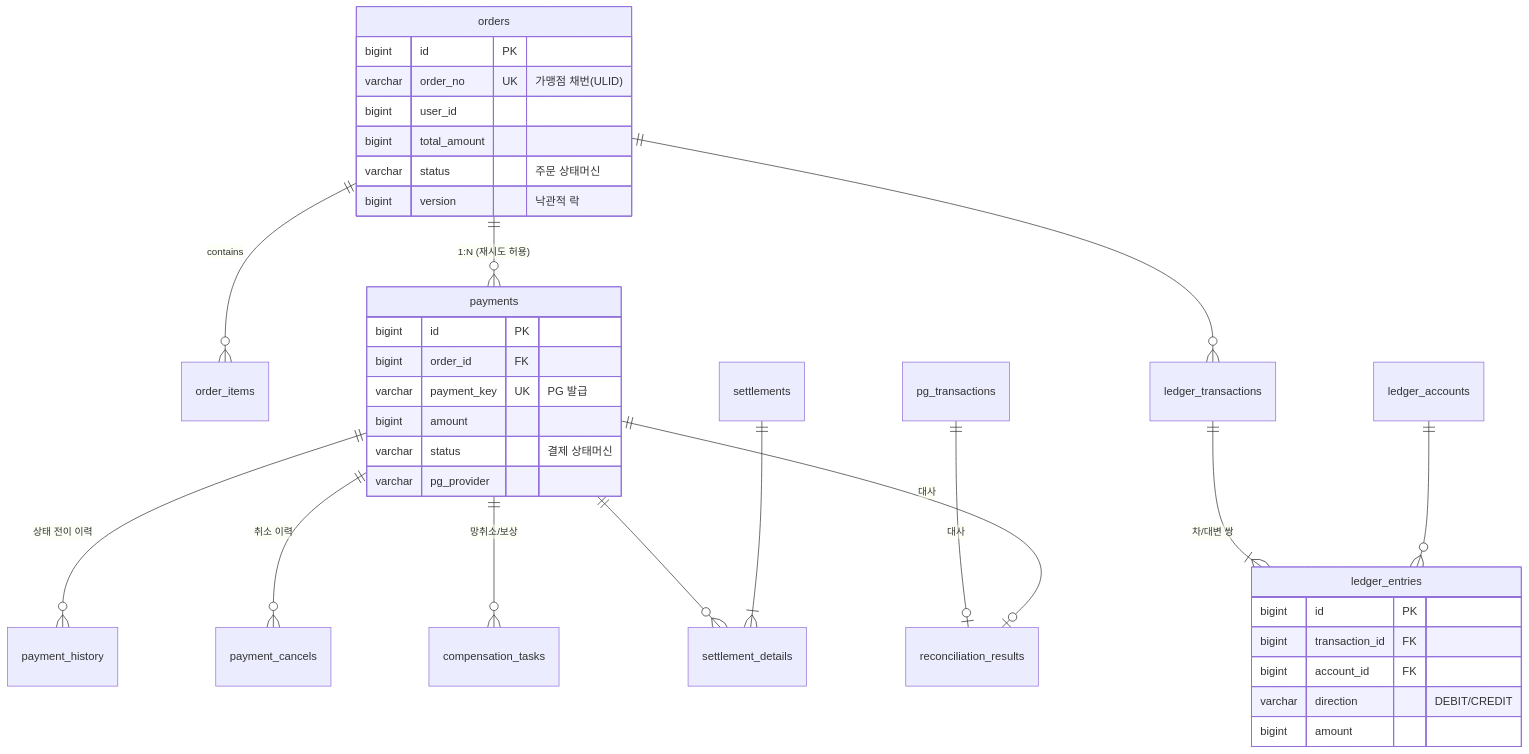
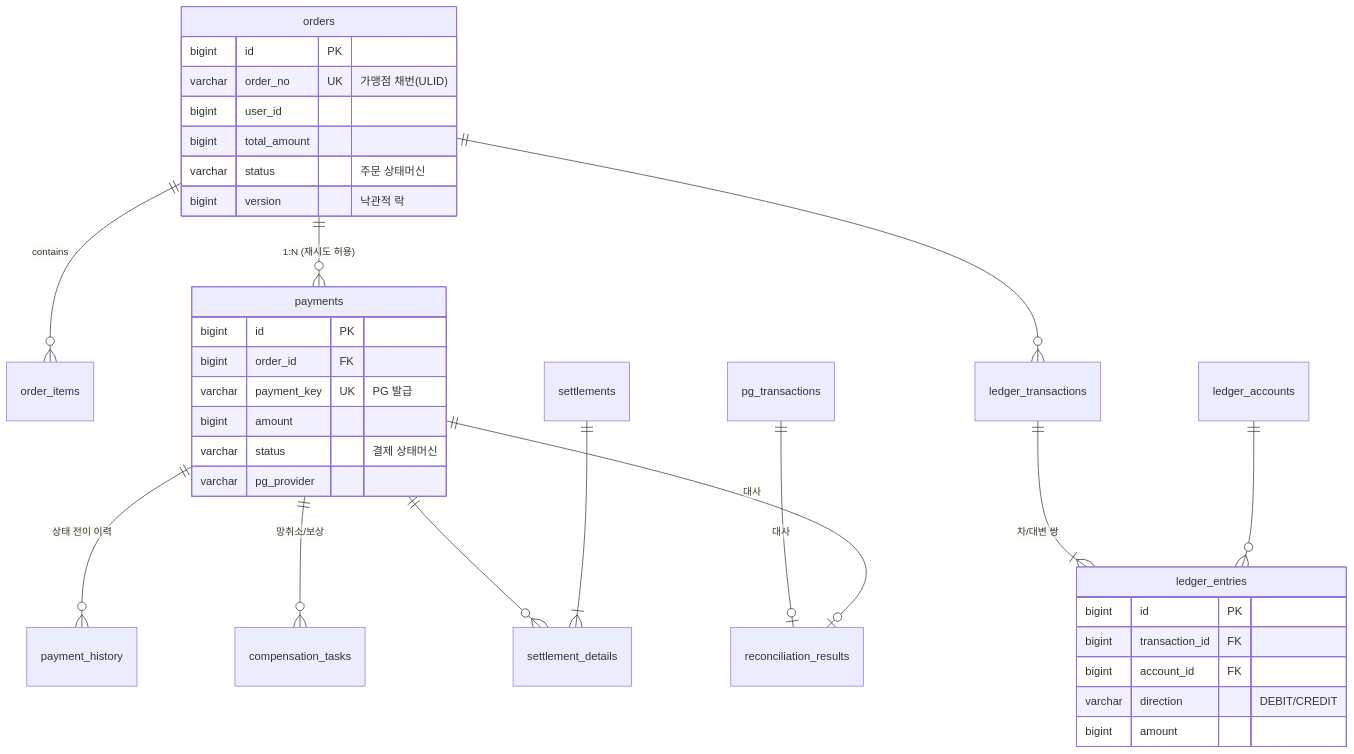
The diagram in docs/09-ERD-설계.md (dj258255/payment-system), drawn with Mermaid before and after one commit. The commit also changed other lines of this file and 3 other files, not shown here.

First line of the commit message:
ERD 문서를 실제 스키마에 맞추고 핵심 도식을 다시 그린다

````diff
--- a/docs/09-ERD-설계.md
+++ b/docs/09-ERD-설계.md
@@ -12,39 +15,38 @@
 ```mermaid
 erDiagram
     orders ||--o{ order_items : contains
     orders ||--o{ payments : "1:N (재시도 허용)"
     payments ||--o{ payment_history : "상태 전이 이력"
-    payments ||--o{ payment_cancels : "취소 이력"
     payments ||--o{ compensation_tasks : "망취소/보상"
     orders ||--o{ ledger_transactions : ""
     ledger_transactions ||--|{ ledger_entries : "차/대변 쌍"
     ledger_accounts ||--o{ ledger_entries : ""
     payments ||--o{ settlement_details : ""
     settlements ||--|{ settlement_details : ""
     pg_transactions ||--o| reconciliation_results : "대사"
     payments ||--o| reconciliation_results : "대사"
 
     orders {
         bigint id PK
         varchar order_no UK "가맹점 채번(ULID)"
         bigint user_id
         bigint total_amount
         varchar status "주문 상태머신"
         bigint version "낙관적 락"
     }
     payments {
         bigint id PK
         bigint order_id FK
         varchar payment_key UK "PG 발급"
         bigint amount
         varchar status "결제 상태머신"
         varchar pg_provider
     }
     ledger_entries {
         bigint id PK
         bigint transaction_id FK
         bigint account_id FK
         varchar direction "DEBIT/CREDIT"
         bigint amount
     }
 ```
````
